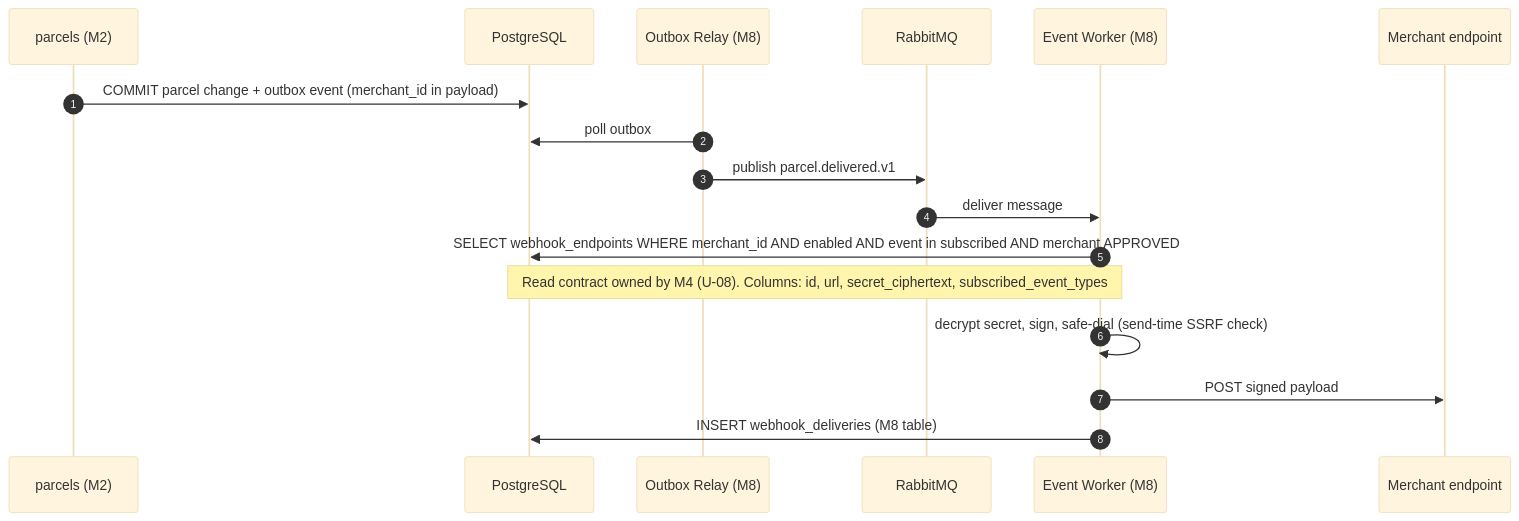
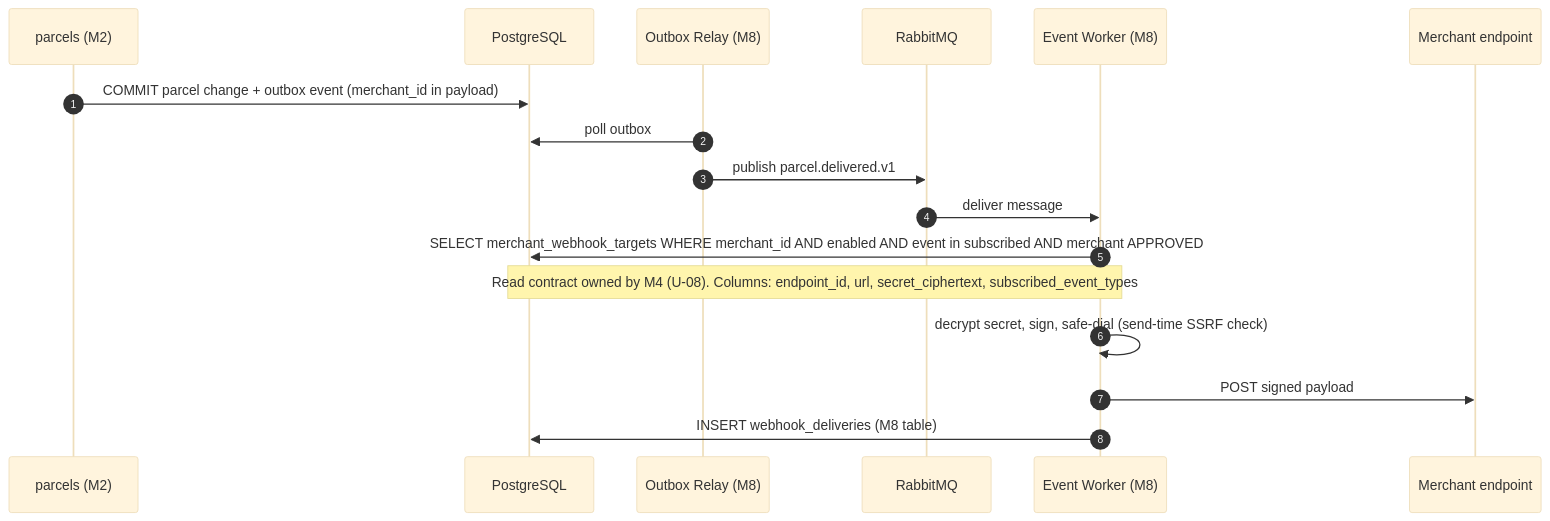
The tenth of 10 diagrams in docs/drafts/member-04-merchants/doc-02-functional-flows-and-business-rules.md (phantomTroupeEAD/SwiftDrop), drawn with Mermaid (base theme) before and after one commit. The commit also changed other lines of this file and 7 other files, not shown here.

````diff
--- a/docs/drafts/member-04-merchants/doc-02-functional-flows-and-business-rules.md
+++ b/docs/drafts/member-04-merchants/doc-02-functional-flows-and-business-rules.md
@@ -548,19 +548,19 @@
 ```mermaid
 sequenceDiagram
     autonumber
     participant M2 as parcels (M2)
     participant DB as PostgreSQL
     participant RL as Outbox Relay (M8)
     participant MQ as RabbitMQ
     participant WK as Event Worker (M8)
     participant MX as Merchant endpoint
     M2->>DB: COMMIT parcel change + outbox event (merchant_id in payload)
     RL->>DB: poll outbox
     RL->>MQ: publish parcel.delivered.v1
     MQ->>WK: deliver message
-    WK->>DB: SELECT webhook_endpoints WHERE merchant_id AND enabled AND event in subscribed AND merchant APPROVED
-    Note over WK,DB: Read contract owned by M4 (U-08). Columns: id, url, secret_ciphertext, subscribed_event_types
+    WK->>DB: SELECT merchant_webhook_targets WHERE merchant_id AND enabled AND event in subscribed AND merchant APPROVED
+    Note over WK,DB: Read contract owned by M4 (U-08). Columns: endpoint_id, url, secret_ciphertext, subscribed_event_types
     WK->>WK: decrypt secret, sign, safe-dial (send-time SSRF check)
     WK->>MX: POST signed payload
     WK->>DB: INSERT webhook_deliveries (M8 table)
 ```
````
